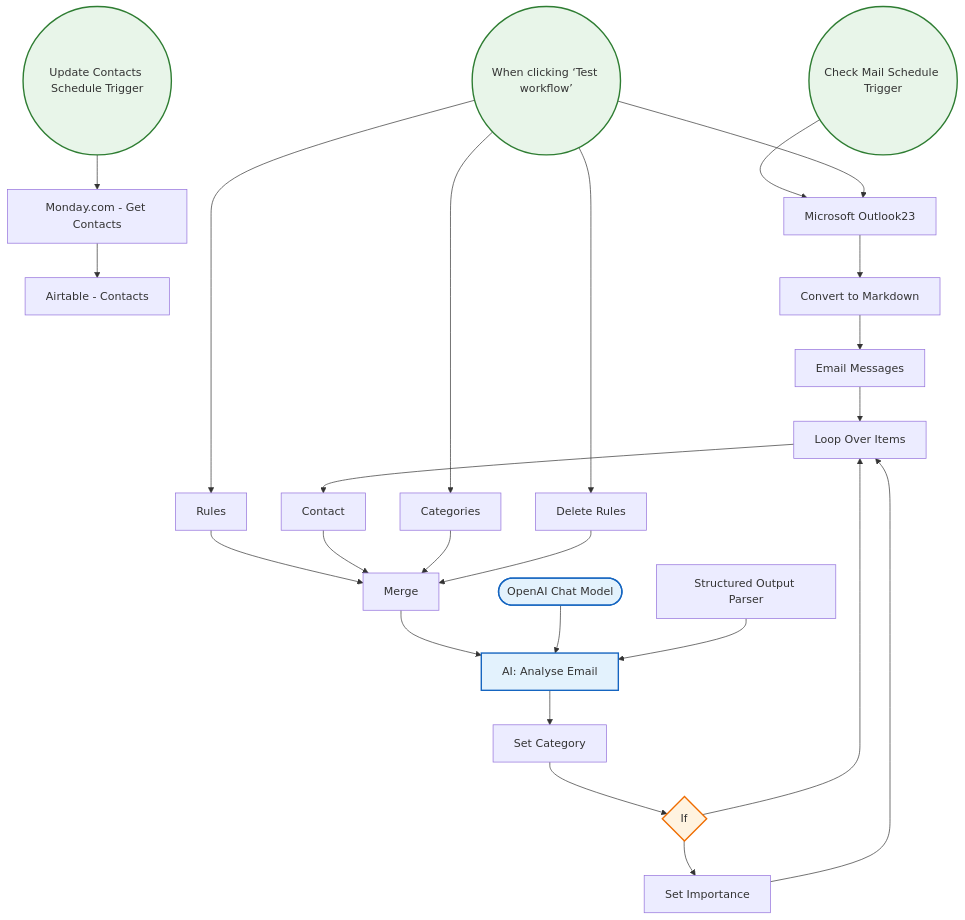
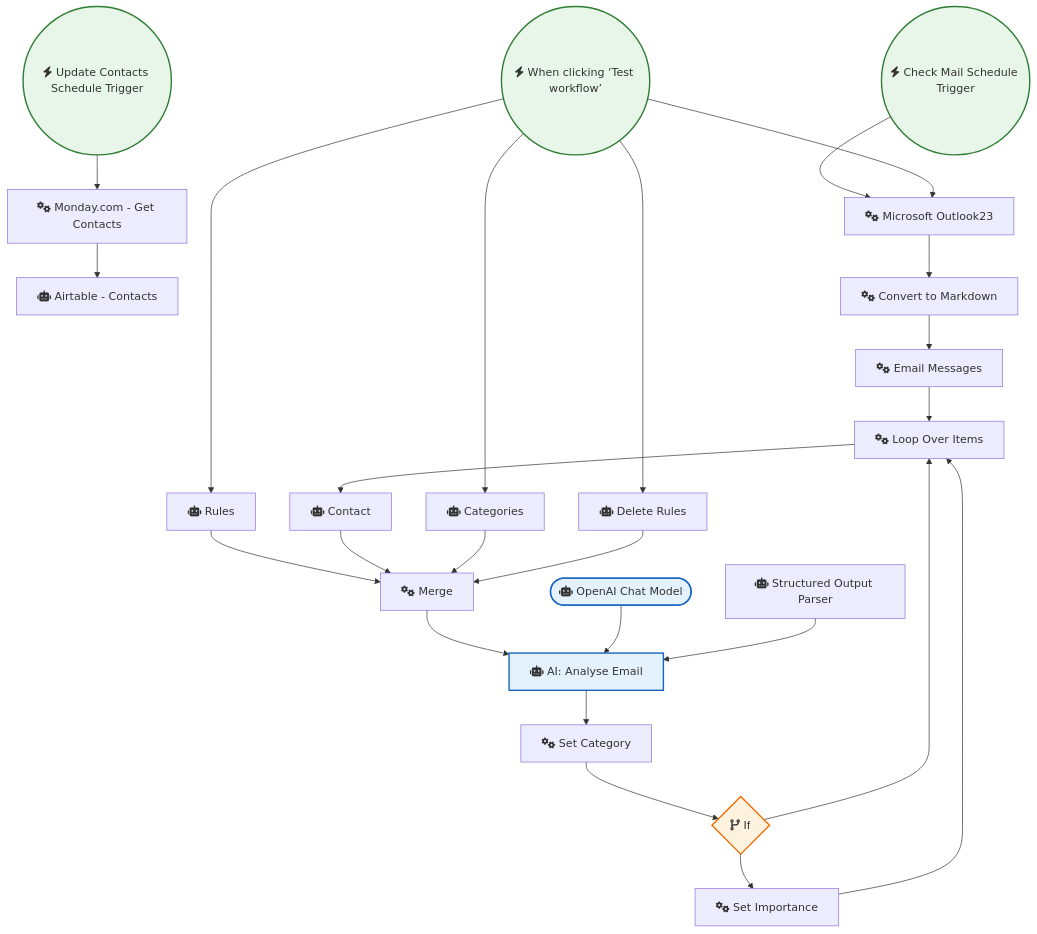
One commit to sreyash3105/N8N-DEMO-AUTOMATIONS changed the diagram in Gmail_and_Email_Automation/Microsoft Outlook Ai Email Assistant.md. Above: the diagram before and after it, drawn with Mermaid. The commit also changed 291 other files, not shown here.

````diff
--- a/Gmail_and_Email_Automation/Microsoft Outlook Ai Email Assistant.md
+++ b/Gmail_and_Email_Automation/Microsoft Outlook Ai Email Assistant.md
@@ -1,51 +1,51 @@
 ```mermaid
 graph TD
     classDef trigger fill:#e8f5e9,stroke:#2e7d32,stroke-width:2px;
     classDef ai fill:#e3f2fd,stroke:#1565c0,stroke-width:2px;
     classDef logic fill:#fff3e0,stroke:#ef6c00,stroke-width:2px;
 
-    When_clicking__Test_workflow_(("When clicking ‘Test workflow’")):::trigger
-    Microsoft_Outlook23["Microsoft Outlook23"]
-    OpenAI_Chat_Model(["OpenAI Chat Model"]):::ai
-    Set_Category["Set Category"]
-    Structured_Output_Parser["Structured Output Parser"]
-    If{"If"}:::logic
-    Set_Importance["Set Importance"]
-    AI__Analyse_Email["AI: Analyse Email"]:::ai
-    Check_Mail_Schedule_Trigger(("Check Mail Schedule Trigger")):::trigger
-    Update_Contacts_Schedule_Trigger(("Update Contacts Schedule Trigger")):::trigger
-    Monday_com___Get_Contacts["Monday.com - Get Contacts"]
-    Airtable___Contacts["Airtable - Contacts"]
-    Convert_to_Markdown["Convert to Markdown"]
-    Email_Messages["Email Messages"]
-    Rules["Rules"]
-    Categories["Categories"]
-    Delete_Rules["Delete Rules"]
-    Contact["Contact"]
-    Loop_Over_Items["Loop Over Items"]
-    Merge["Merge"]
+    When_clicking__Test_workflow_(("fas:fa-bolt When clicking ‘Test workflow’")):::trigger
+    Microsoft_Outlook23["fas:fa-cogs Microsoft Outlook23"]
+    OpenAI_Chat_Model(["fas:fa-robot OpenAI Chat Model"]):::ai
+    Set_Category["fas:fa-cogs Set Category"]
+    Structured_Output_Parser["fas:fa-robot Structured Output Parser"]
+    If{"fas:fa-code-branch If"}:::logic
+    Set_Importance["fas:fa-cogs Set Importance"]
+    AI__Analyse_Email["fas:fa-robot AI: Analyse Email"]:::ai
+    Check_Mail_Schedule_Trigger(("fas:fa-bolt Check Mail Schedule Trigger")):::trigger
+    Update_Contacts_Schedule_Trigger(("fas:fa-bolt Update Contacts Schedule Trigger")):::trigger
+    Monday_com___Get_Contacts["fas:fa-cogs Monday.com - Get Contacts"]
+    Airtable___Contacts["fas:fa-robot Airtable - Contacts"]
+    Convert_to_Markdown["fas:fa-cogs Convert to Markdown"]
+    Email_Messages["fas:fa-cogs Email Messages"]
+    Rules["fas:fa-robot Rules"]
+    Categories["fas:fa-robot Categories"]
+    Delete_Rules["fas:fa-robot Delete Rules"]
+    Contact["fas:fa-robot Contact"]
+    Loop_Over_Items["fas:fa-cogs Loop Over Items"]
+    Merge["fas:fa-cogs Merge"]
 
     If --> Set_Importance
     If --> Loop_Over_Items
     Merge --> AI__Analyse_Email
     Rules --> Merge
     Contact --> Merge
     Categories --> Merge
     Delete_Rules --> Merge
     Set_Category --> If
     Email_Messages --> Loop_Over_Items
     Set_Importance --> Loop_Over_Items
     Loop_Over_Items --> Contact
     AI__Analyse_Email --> Set_Category
     OpenAI_Chat_Model --> AI__Analyse_Email
     Convert_to_Markdown --> Email_Messages
     Microsoft_Outlook23 --> Convert_to_Markdown
     Structured_Output_Parser --> AI__Analyse_Email
     Monday_com___Get_Contacts --> Airtable___Contacts
     Check_Mail_Schedule_Trigger --> Microsoft_Outlook23
     Update_Contacts_Schedule_Trigger --> Monday_com___Get_Contacts
     When_clicking__Test_workflow_ --> Microsoft_Outlook23
     When_clicking__Test_workflow_ --> Rules
     When_clicking__Test_workflow_ --> Categories
     When_clicking__Test_workflow_ --> Delete_Rules
 ```
````
